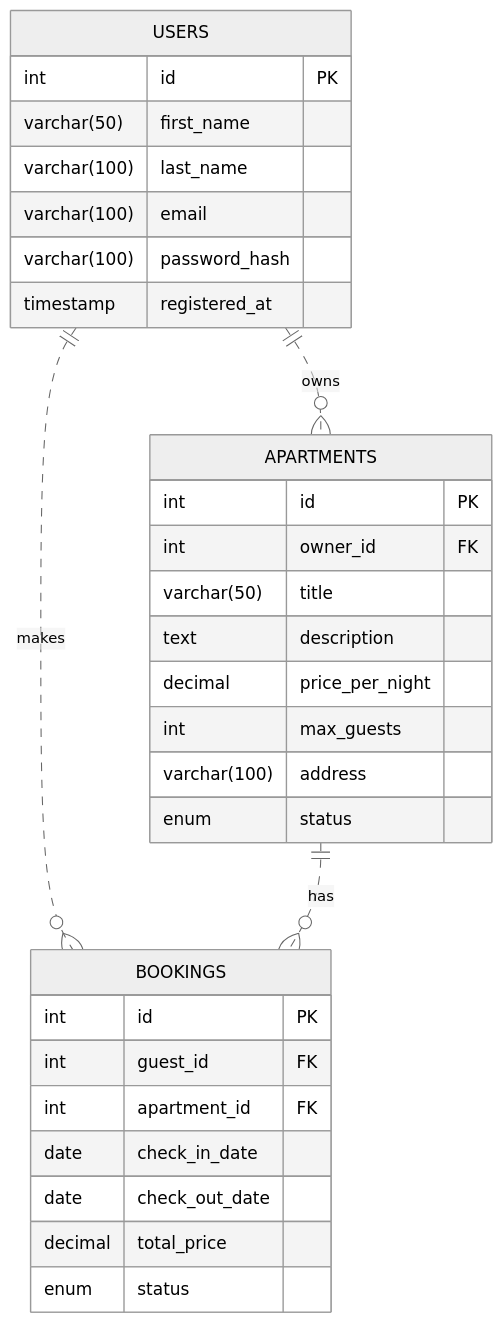
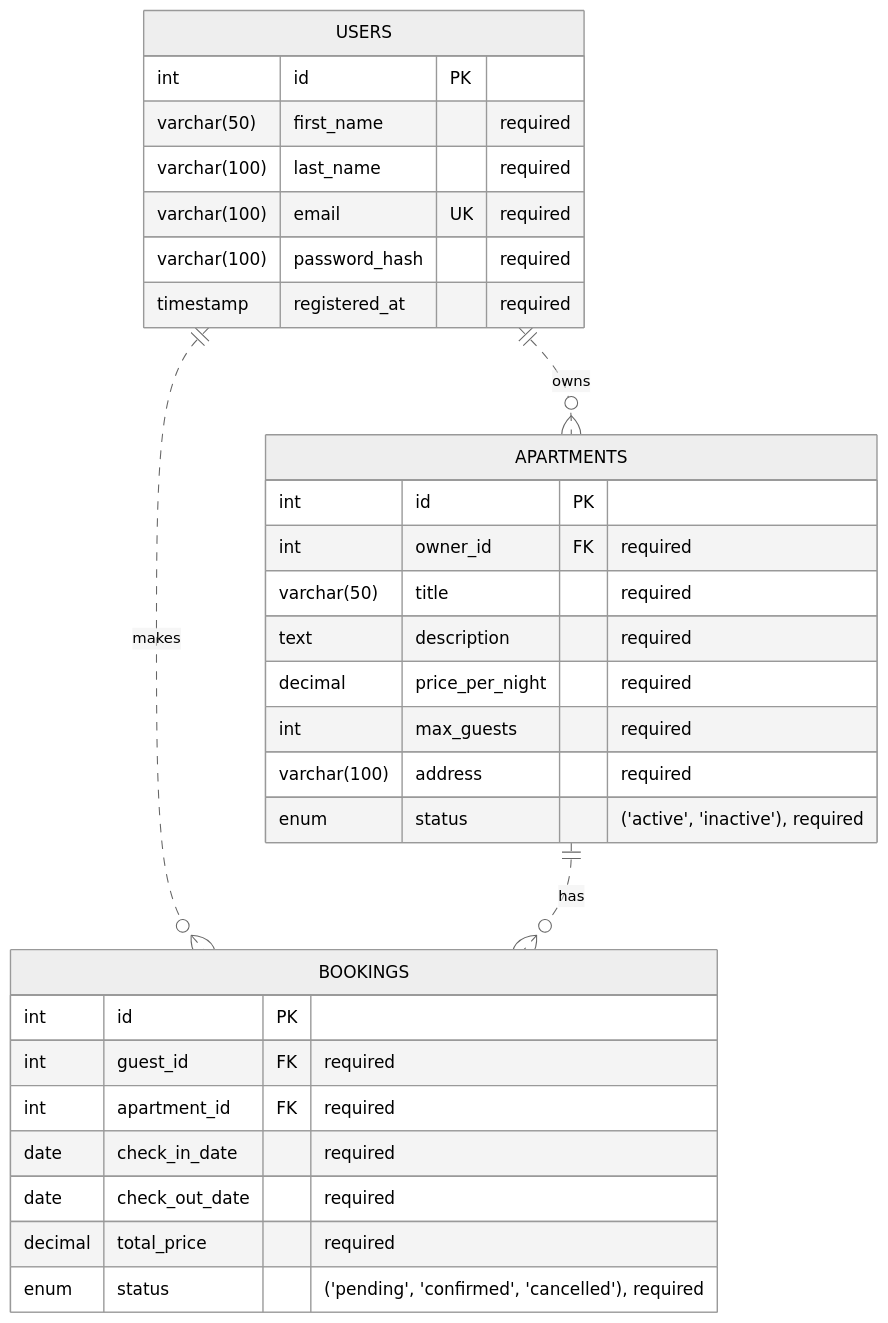
One commit to opvlad/kpi-mavpz changed the diagram in lab1/erd.md. Above: the diagram before and after it, drawn with Mermaid (neutral theme).

Commit message:
fix: ERD - UK email, required fields, enum values

````diff
--- a/lab1/erd.md
+++ b/lab1/erd.md
@@ -1,34 +1,36 @@
 ```mermaid
 erDiagram
     USERS {
         int id PK
-        varchar(50) first_name
-        varchar(100) last_name
-        varchar(100) email
-        varchar(100) password_hash
-        timestamp registered_at
+        varchar(50) first_name "required"
+        varchar(100) last_name "required"
+        varchar(100) email UK "required"
+        varchar(100) password_hash "required"
+        timestamp registered_at "required"
     }
     APARTMENTS {
         int id PK
-        int owner_id FK
-        varchar(50) title
-        text description
-        decimal price_per_night
-        int max_guests
-        varchar(100) address
+        int owner_id FK "required"
+        varchar(50) title "required"
+        text description "required"
+        decimal price_per_night "required"
+        int max_guests "required"
+        varchar(100) address "required"
         enum status
+        "('active', 'inactive'), required"
     }
     BOOKINGS {
         int id PK
-        int guest_id FK
-        int apartment_id FK
-        date check_in_date
-        date check_out_date
-        decimal total_price
+        int guest_id FK "required"
+        int apartment_id FK "required"
+        date check_in_date "required"
+        date check_out_date "required"
+        decimal total_price "required"
         enum status
+        "('pending', 'confirmed', 'cancelled'), required"
     }
 
     USERS ||..o{ BOOKINGS : makes
     USERS ||..o{ APARTMENTS : owns
     APARTMENTS ||..o{ BOOKINGS : has
 ```
````
